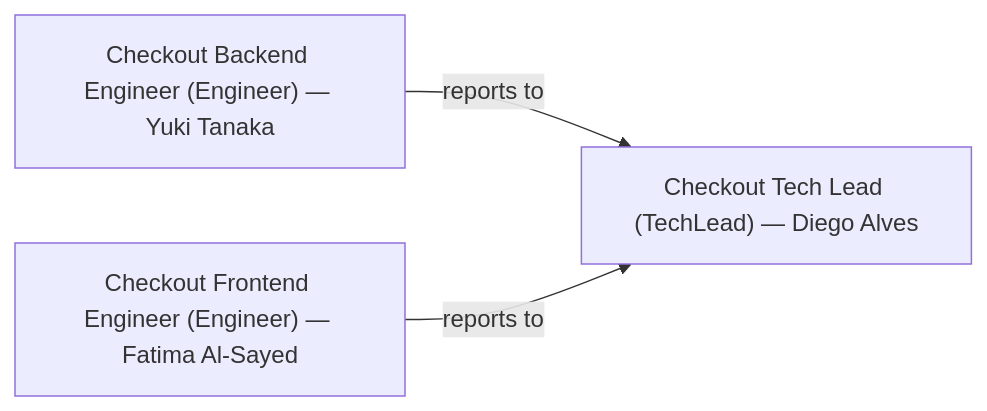
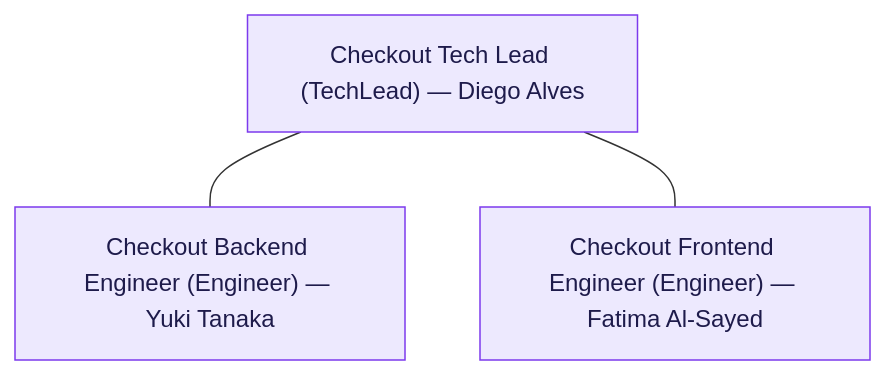
The third of 3 diagrams in README.md (JGalego/TeamAPI), drawn with Mermaid before and after one commit. The commit also changed other lines of this file and 5 other files, not shown here.

First line of the commit message:
Fix mermaid rendering and give the hierarchy diagram a real org-chart layout

````diff
--- a/README.md
+++ b/README.md
@@ -81,8 +81,9 @@
 ```mermaid
-flowchart LR
+flowchart TD
   backend_engineer["Checkout Backend Engineer (Engineer) — Yuki Tanaka"]
   frontend_engineer["Checkout Frontend Engineer (Engineer) — Fatima Al-Sayed"]
   tech_lead["Checkout Tech Lead (TechLead) — Diego Alves"]
-  backend_engineer -->|reports to| tech_lead
-  frontend_engineer -->|reports to| tech_lead
+  tech_lead --- backend_engineer
+  tech_lead --- frontend_engineer
+  classDef default fill:#ede9fe,stroke:#7c3aed,stroke-width:1px,color:#1e1b4b;
 ```
````
